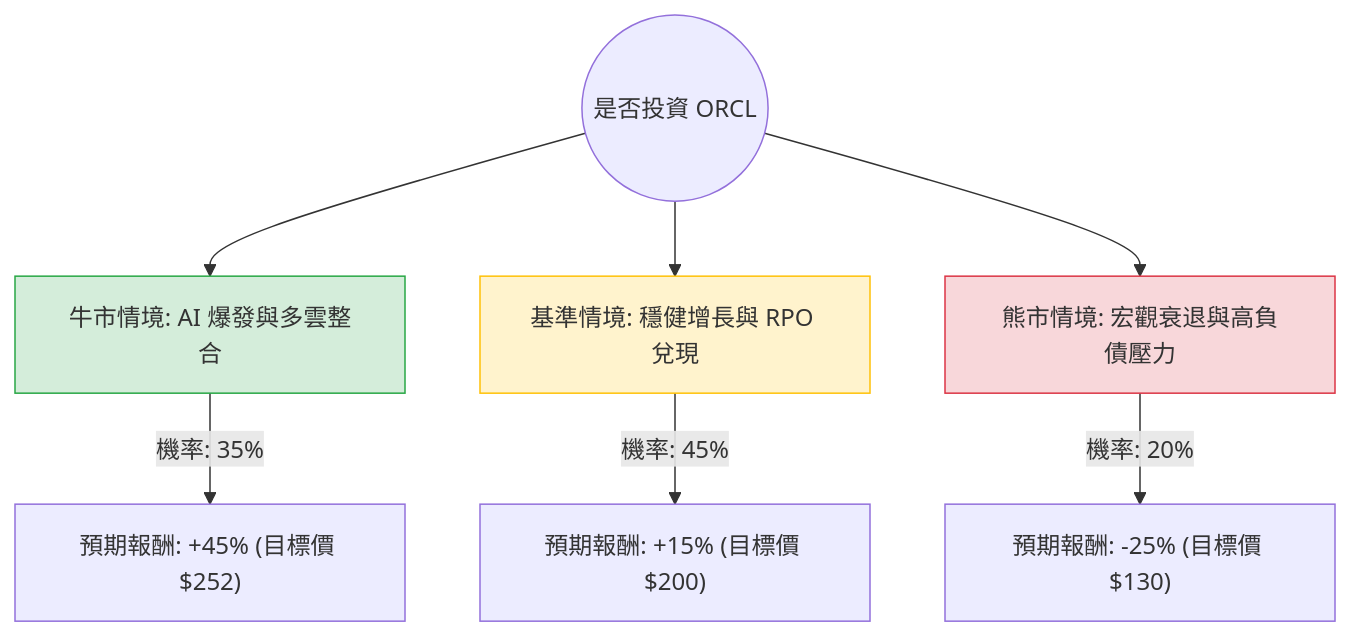
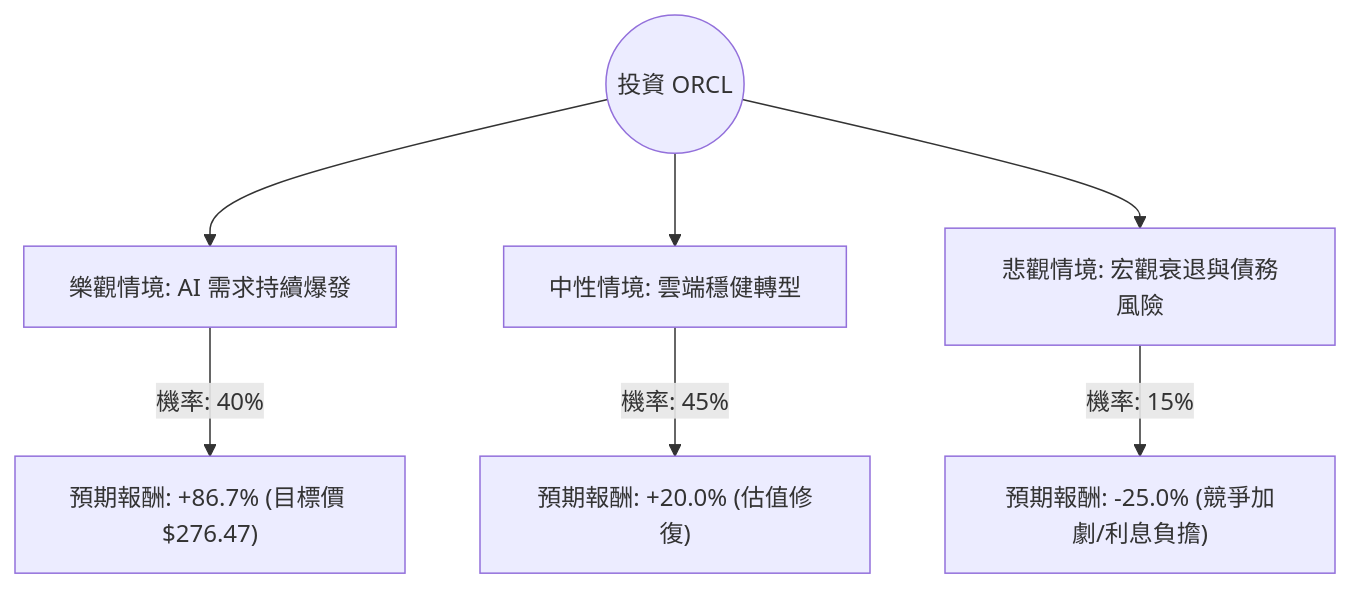
Before and after one commit to zmcx16/zmcx16.github.io: the diagram in plugin-react/ai-analysis/ev-analysis/ORCL.md, drawn with Mermaid. The commit also changed other lines of this file and 76 other files, not shown here.

````diff
--- a/plugin-react/ai-analysis/ev-analysis/ORCL.md
+++ b/plugin-react/ai-analysis/ev-analysis/ORCL.md
@@ -19,14 +16,10 @@
 ```mermaid
 graph TD
-    Start((是否投資 ORCL)) --> Bull[牛市情境: AI 爆發與多雲整合]
-    Start --> Base[基準情境: 穩健增長與 RPO 兌現]
-    Start --> Bear[熊市情境: 宏觀衰退與高負債壓力]
+    Start((投資 ORCL)) --> Bull[樂觀情境: AI 需求持續爆發]
+    Start --> Base[中性情境: 雲端穩健轉型]
+    Start --> Bear[悲觀情境: 宏觀衰退與債務風險]
 
-    Bull -- "機率: 35%" --> BullVal["預期報酬: +45% (目標價 $252)"]
-    Base -- "機率: 45%" --> BaseVal["預期報酬: +15% (目標價 $200)"]
-    Bear -- "機率: 20%" --> BearVal["預期報酬: -25% (目標價 $130)"]
-
-    style Bull fill:#d4edda,stroke:#28a745
-    style Base fill:#fff3cd,stroke:#ffc107
-    style Bear fill:#f8d7da,stroke:#dc3545
+    Bull -- "機率: 40%" --> BullVal["預期報酬: +86.7% (目標價 $276.47)"]
+    Base -- "機率: 45%" --> BaseVal["預期報酬: +20.0% (估值修復)"]
+    Bear -- "機率: 15%" --> BearVal["預期報酬: -25.0% (競爭加劇/利息負擔)"]
 ```
````
